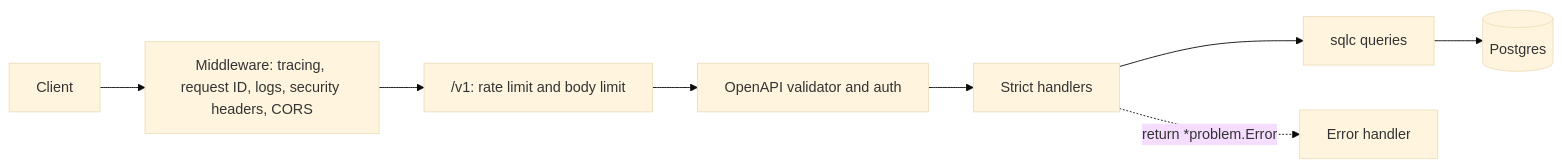
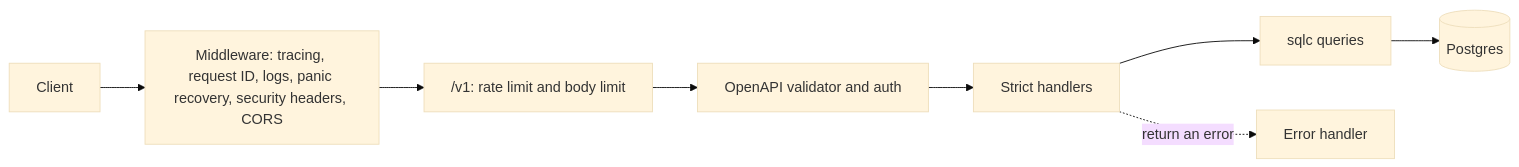
One commit to opikdev/api-go-starter changed the diagram in docs/architecture.md. Above: the diagram before and after it, drawn with Mermaid (base theme). The commit also changed other lines of this file and 47 other files, not shown here.

````diff
--- a/docs/architecture.md
+++ b/docs/architecture.md
@@ -3,10 +3,10 @@
 ```mermaid
 flowchart LR
-  C[Client] --> M["Middleware: tracing, request ID, logs, security headers, CORS"]
+  C[Client] --> M["Middleware: tracing, request ID, logs, panic recovery, security headers, CORS"]
   M --> L["/v1: rate limit and body limit"]
   L --> V["OpenAPI validator and auth"]
   V --> H["Strict handlers"]
   H --> S["sqlc queries"]
   S --> P[(Postgres)]
-  H -. "return *problem.Error" .-> E["Error handler"]
+  H -. "return an error" .-> E["Error handler"]
 ```
````
